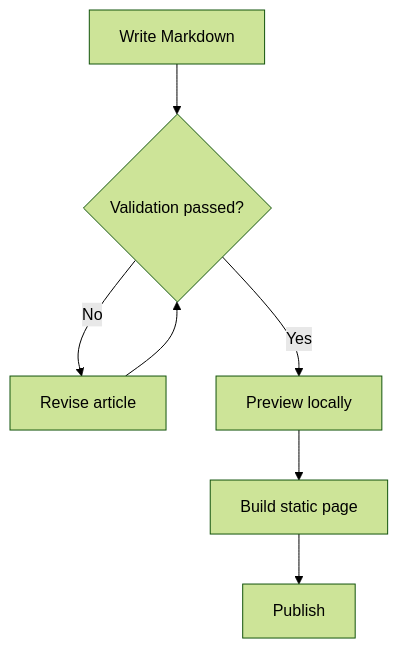
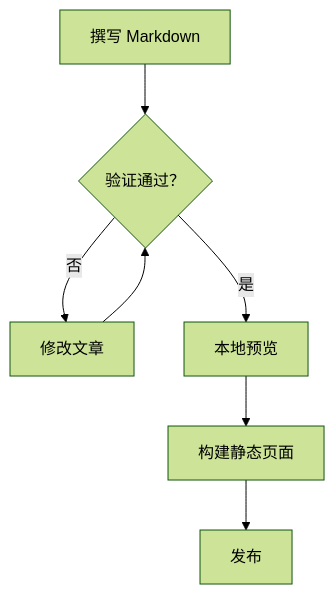
Before and after one commit to TTStudio336/tncloud.fun: the first of 14 diagrams in src/content/posts/markdown-mermaid.md, drawn with Mermaid (forest theme). The commit also changed other lines of this file and 43 other files, not shown here.

````diff
--- a/src/content/posts/markdown-mermaid.md
+++ b/src/content/posts/markdown-mermaid.md
@@ -17,11 +17,11 @@
 ```mermaid
 flowchart TD
-    accTitle: Article publishing workflow
-    accDescr: An article moves through writing, validation, preview, and build before publication. Failed validation returns it for revision.
-    Draft[Write Markdown] --> Check{Validation passed?}
-    Check -->|No| Revise[Revise article]
+    accTitle: 文章发布流程
+    accDescr: 文章在发布前依次经过撰写、验证、预览和构建。验证失败时会返回修改。
+    Draft[撰写 Markdown] --> Check{验证通过？}
+    Check -->|否| Revise[修改文章]
     Revise --> Check
-    Check -->|Yes| Preview[Preview locally]
-    Preview --> Build[Build static page]
-    Build --> Publish[Publish]
+    Check -->|是| Preview[本地预览]
+    Preview --> Build[构建静态页面]
+    Build --> Publish[发布]
 ```
````
